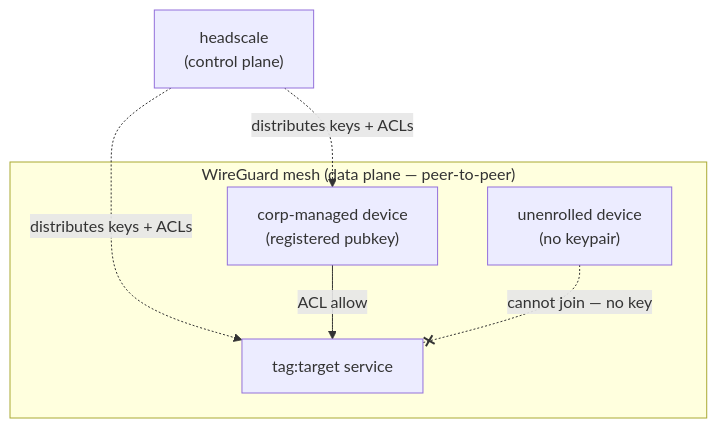
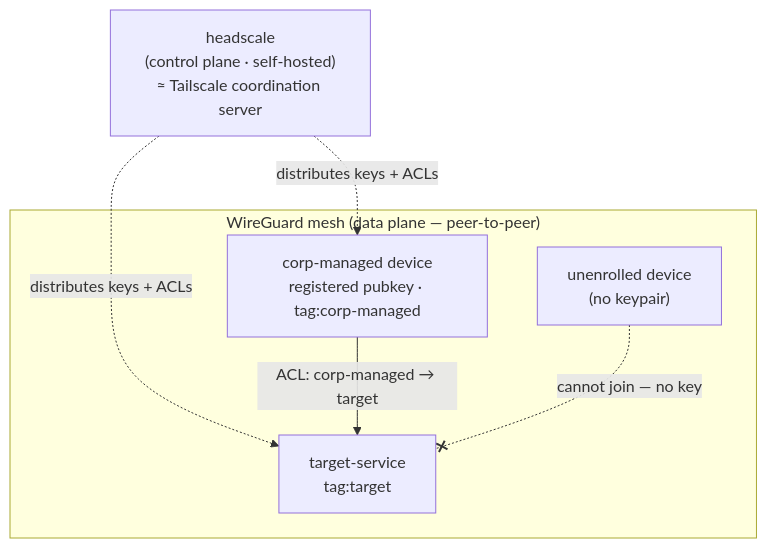
Before and after one commit to plaintext-security/plaintext: the second of 4 diagrams in tracks/11-ztna/modules/03-device-trust-posture/README.md, drawn with Mermaid. The commit also changed other lines of this file and 24 other files, not shown here.

````diff
--- a/tracks/11-ztna/modules/03-device-trust-posture/README.md
+++ b/tracks/11-ztna/modules/03-device-trust-posture/README.md
@@ -70,13 +118,13 @@
 ```mermaid
 flowchart TB
-    HS["headscale<br/>(control plane)"]
+    HS["headscale<br/>(control plane · self-hosted)<br/>≈ Tailscale coordination server"]
     subgraph mesh["WireGuard mesh (data plane — peer-to-peer)"]
-        D1["corp-managed device<br/>(registered pubkey)"]
-        T["tag:target service"]
+        D1["corp-managed device<br/>registered pubkey · tag:corp-managed"]
+        T["target-service<br/>tag:target"]
         DX["unenrolled device<br/>(no keypair)"]
     end
     HS -. distributes keys + ACLs .-> D1
     HS -. distributes keys + ACLs .-> T
-    D1 -->|"ACL allow"| T
+    D1 -->|"ACL: corp-managed → target"| T
     DX -. cannot join — no key .-x T
 ```
````
